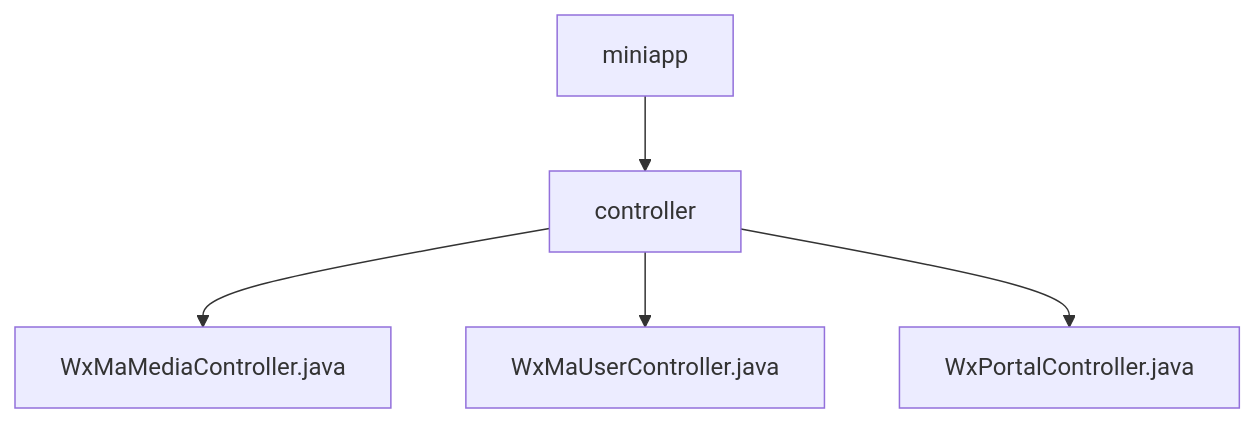
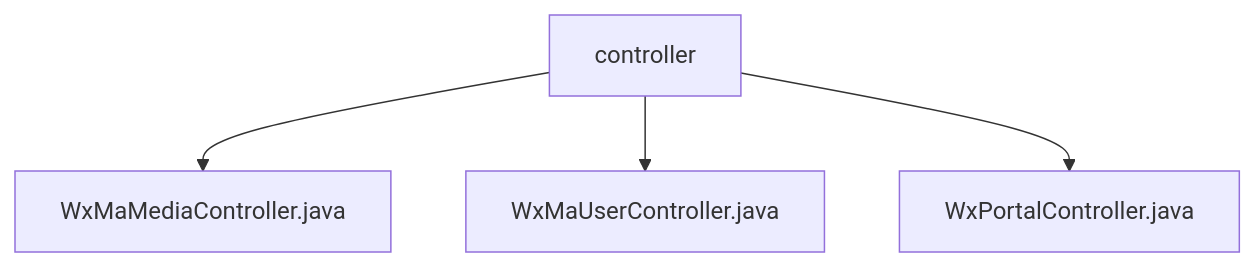
One commit to v-wjrong/rongwj666_weixin-java-miniapp-demo changed the diagram in docs/en/docs/src/main/java/com/github/binarywang/demo/wx/miniapp/controller/_module.md. Above: the diagram before and after it, drawn with Mermaid. The commit also changed other lines of this file and 46 other files, not shown here.

````diff
--- a/docs/en/docs/src/main/java/com/github/binarywang/demo/wx/miniapp/controller/_module.md
+++ b/docs/en/docs/src/main/java/com/github/binarywang/demo/wx/miniapp/controller/_module.md
@@ -22,7 +22,6 @@
 ```mermaid
 graph TD
-    miniapp --> controller
     controller --> WxMaMediaController.java
     controller --> WxMaUserController.java
     controller --> WxPortalController.java
 ```
````
